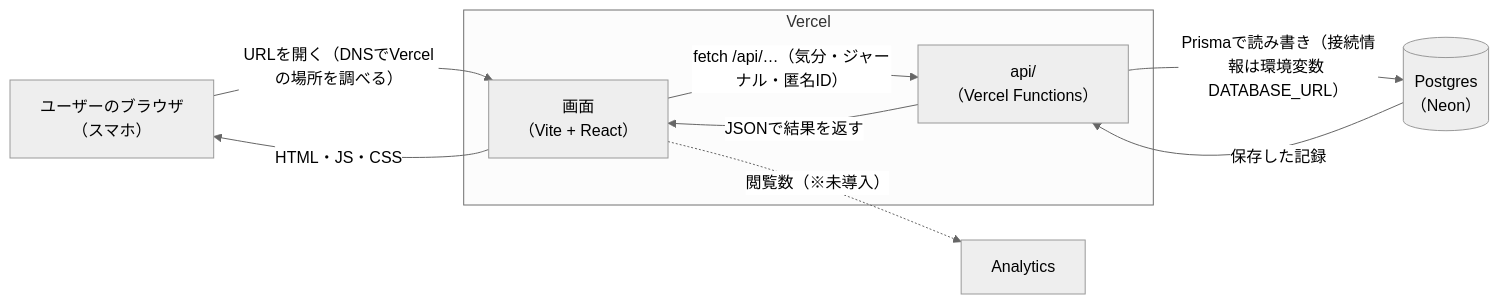
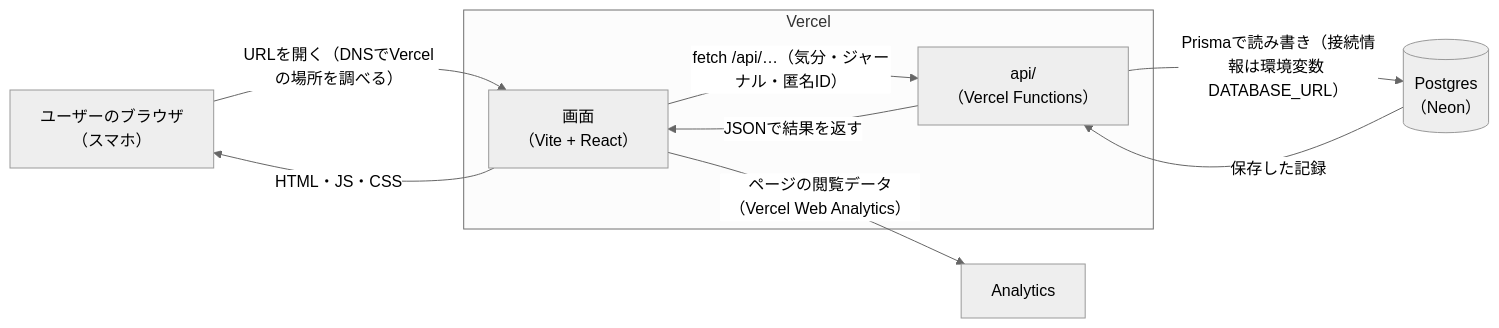
One commit to jianbenshaxi-crypto/nagi changed the diagram in README.md. Above: the diagram before and after it, drawn with Mermaid (neutral theme). The commit also changed other lines of this file and 3 other files, not shown here.

Commit message:
Vercel Web Analyticsを導入（@vercel/analytics を main.jsx に追加）

````diff
--- a/README.md
+++ b/README.md
@@ -48,20 +48,20 @@
 ```mermaid
 graph LR
   User["ユーザーのブラウザ<br>（スマホ）"]
 
   subgraph Vercel["Vercel"]
     Front["画面<br>（Vite + React）"]
     API["api/<br>（Vercel Functions）"]
   end
 
   DB[("Postgres<br>（Neon）")]
   Analytics["Analytics"]
 
   User -- "URLを開く（DNSでVercelの場所を調べる）" --> Front
   Front -- "HTML・JS・CSS" --> User
   Front -- "fetch /api/…（気分・ジャーナル・匿名ID）" --> API
   API -- "Prismaで読み書き（接続情報は環境変数 DATABASE_URL）" --> DB
   DB -- "保存した記録" --> API
   API -- "JSONで結果を返す" --> Front
-  Front -. "閲覧数（※未導入）" .-> Analytics
+  Front -- "ページの閲覧データ（Vercel Web Analytics）" --> Analytics
 ```
````
